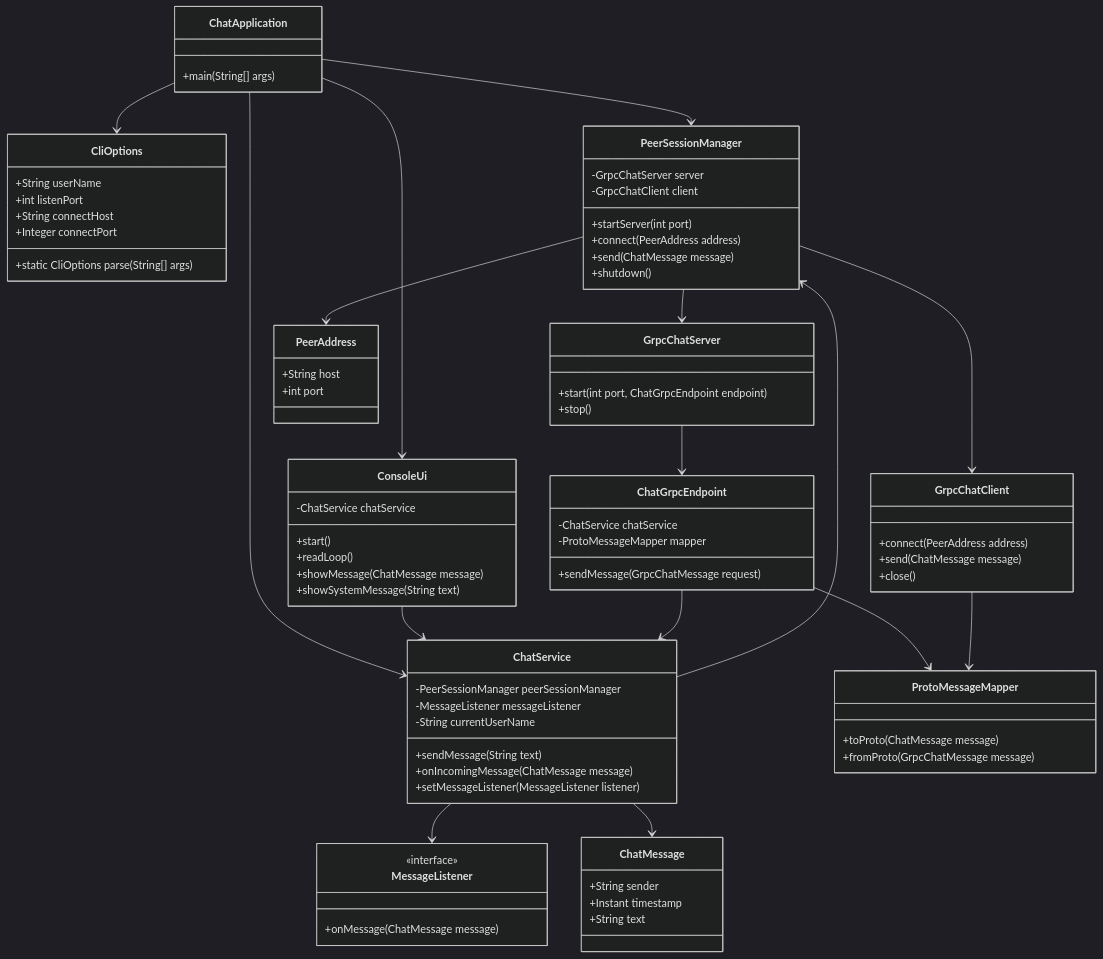
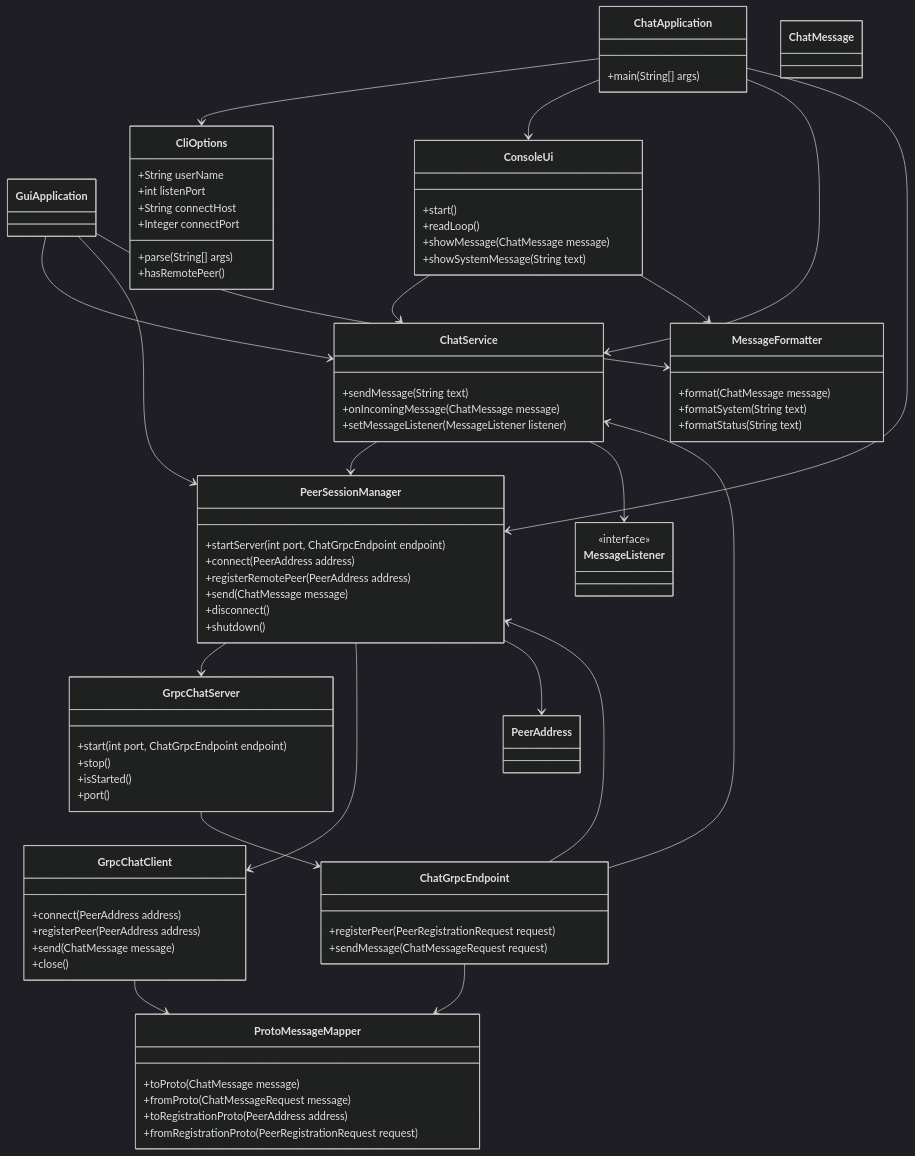
The second of 3 diagrams in docs/ARCHITECTURE.md (gtmnnn/Dialexis), drawn with Mermaid (dark theme) before and after one commit. The commit also changed other lines of this file and 1 other file, not shown here.

````diff
--- a/docs/ARCHITECTURE.md
+++ b/docs/ARCHITECTURE.md
@@ -206,83 +260,86 @@
         +main(String[] args)
     }
 
+    class GuiApplication
+
     class CliOptions {
         +String userName
         +int listenPort
         +String connectHost
         +Integer connectPort
-        +static CliOptions parse(String[] args)
+        +parse(String[] args)
+        +hasRemotePeer()
     }
 
     class ConsoleUi {
-        -ChatService chatService
         +start()
         +readLoop()
         +showMessage(ChatMessage message)
         +showSystemMessage(String text)
     }
 
+    class MessageFormatter {
+        +format(ChatMessage message)
+        +formatSystem(String text)
+        +formatStatus(String text)
+    }
+
     class ChatService {
-        -PeerSessionManager peerSessionManager
-        -MessageListener messageListener
-        -String currentUserName
         +sendMessage(String text)
         +onIncomingMessage(ChatMessage message)
         +setMessageListener(MessageListener listener)
     }
 
     class PeerSessionManager {
-        -GrpcChatServer server
-        -GrpcChatClient client
-        +startServer(int port)
+        +startServer(int port, ChatGrpcEndpoint endpoint)
         +connect(PeerAddress address)
+        +registerRemotePeer(PeerAddress address)
         +send(ChatMessage message)
+        +disconnect()
         +shutdown()
     }
 
     class GrpcChatServer {
         +start(int port, ChatGrpcEndpoint endpoint)
         +stop()
+        +isStarted()
+        +port()
     }
 
     class GrpcChatClient {
         +connect(PeerAddress address)
+        +registerPeer(PeerAddress address)
         +send(ChatMessage message)
         +close()
     }
 
     class ChatGrpcEndpoint {
-        -ChatService chatService
-        -ProtoMessageMapper mapper
-        +sendMessage(GrpcChatMessage request)
+        +registerPeer(PeerRegistrationRequest request)
+        +sendMessage(ChatMessageRequest request)
     }
 
     class ProtoMessageMapper {
         +toProto(ChatMessage message)
-        +fromProto(GrpcChatMessage message)
+        +fromProto(ChatMessageRequest message)
+        +toRegistrationProto(PeerAddress address)
+        +fromRegistrationProto(PeerRegistrationRequest request)
     }
 
-    class ChatMessage {
-        +String sender
-        +Instant timestamp
-        +String text
-    }
-
-    class PeerAddress {
-        +String host
-        +int port
-    }
-
+    class ChatMessage
+    class PeerAddress
     class MessageListener {
         <<interface>>
-        +onMessage(ChatMessage message)
     }
 
     ChatApplication --> CliOptions
+    ChatApplication --> ConsoleUi
+    ChatApplication --> ChatService
     ChatApplication --> PeerSessionManager
-    ChatApplication --> ChatService
-    ChatApplication --> ConsoleUi
+    GuiApplication --> ChatService
+    GuiApplication --> PeerSessionManager
     ConsoleUi --> ChatService
+    ConsoleUi --> MessageFormatter
+    GuiApplication --> MessageFormatter
     ChatService --> PeerSessionManager
     ChatService --> MessageListener
     PeerSessionManager --> GrpcChatServer
@@ -290,7 +347,7 @@
     PeerSessionManager --> PeerAddress
     GrpcChatServer --> ChatGrpcEndpoint
     ChatGrpcEndpoint --> ChatService
+    ChatGrpcEndpoint --> PeerSessionManager
     ChatGrpcEndpoint --> ProtoMessageMapper
     GrpcChatClient --> ProtoMessageMapper
-    ChatService --> ChatMessage
 ```
````
